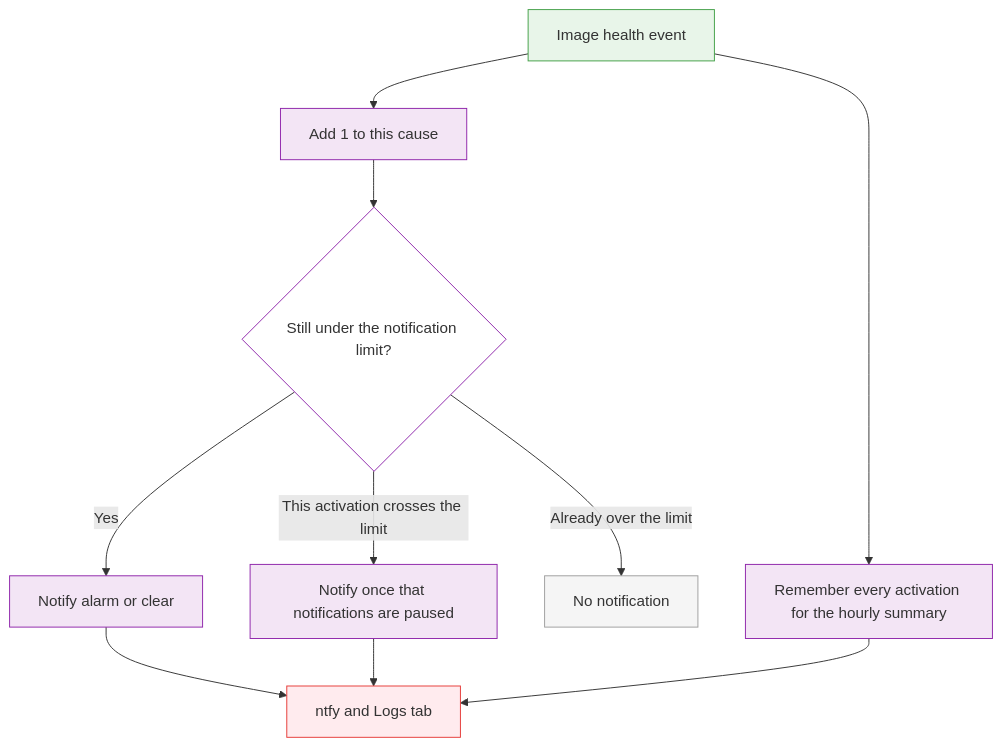
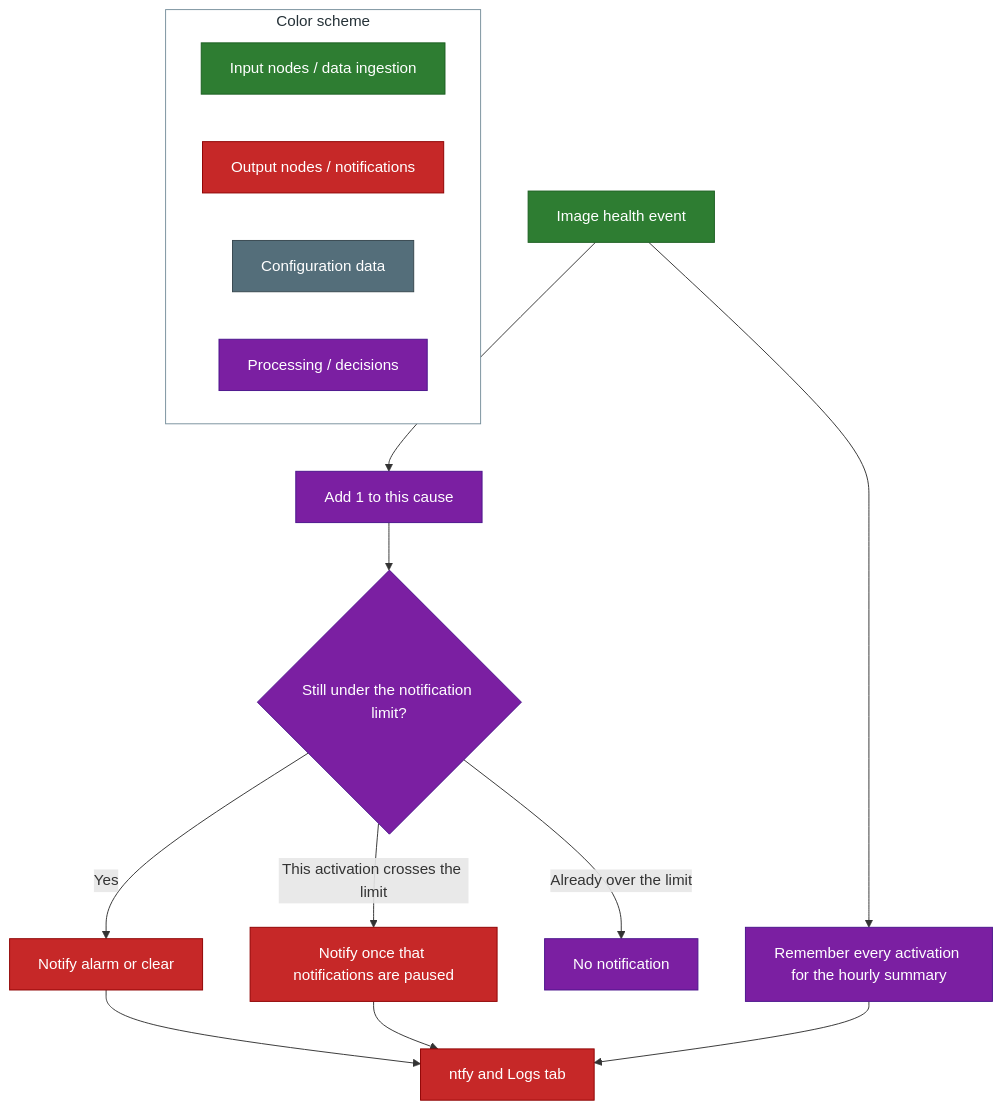
One commit to fixedit-ai/fixedit-data-agent-examples changed the diagram in project-image-health-event-notifications/README.md. Above: the diagram before and after it, drawn with Mermaid.

Commit message:
Made the mermaid diagram match the new style which is better suited for both dark and light mode in browser.

````diff
--- a/project-image-health-event-notifications/README.md
+++ b/project-image-health-event-notifications/README.md
@@ -63,21 +63,32 @@
 ```mermaid
 flowchart TD
+    subgraph Legend["Color scheme"]
+        direction LR
+        L1["Input nodes / data ingestion"]
+        L2["Output nodes / notifications"]
+        L3["Configuration data"]
+        L4["Processing / decisions"]
+    end
+
     A["Image health event"] --> B["Add 1 to this cause"]
     B --> C{"Still under the notification limit?"}
     C -->|Yes| D["Notify alarm or clear"]
     C -->|This activation crosses the limit| E["Notify once that notifications are paused"]
     C -->|Already over the limit| F["No notification"]
     A --> G["Remember every activation for the hourly summary"]
     D --> H["ntfy and Logs tab"]
     E --> H
     G --> H
 
-    style A fill:#e8f5e9,stroke:#43a047
-    style B fill:#f3e5f5,stroke:#8e24aa
-    style C fill:#ffffff,stroke:#8e24aa
-    style D fill:#f3e5f5,stroke:#8e24aa
-    style E fill:#f3e5f5,stroke:#8e24aa
-    style F fill:#f5f5f5,stroke:#9e9e9e
-    style G fill:#f3e5f5,stroke:#8e24aa
-    style H fill:#ffebee,stroke:#e53935
+    classDef config fill:#546e7a,stroke:#37474f,color:#ffffff
+    classDef input fill:#2e7d32,stroke:#1b5e20,color:#ffffff
+    classDef output fill:#c62828,stroke:#8e0000,color:#ffffff
+    classDef processing fill:#7b1fa2,stroke:#4a148c,color:#ffffff
+
+    class A,L1 input
+    class D,E,H,L2 output
+    class L3 config
+    class B,C,F,G,L4 processing
+
+    style Legend fill:#ffffff,stroke:#78909c,color:#263238
 ```
````
